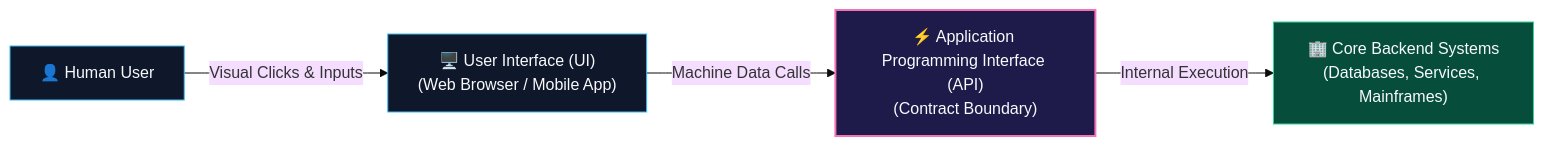
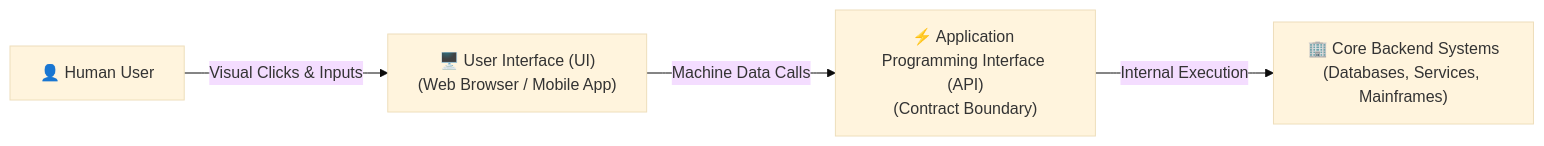
The first of 50 diagrams in topics/0.FUNDAMENTALS/API Architecture and Design/output/Note_version-1_API_Architecture_and_Design/API_Architecture_and_Design.md (AkmKawser/System-Design), drawn with Mermaid (base theme) before and after one commit. The commit also changed other lines of this file and 6 other files, not shown here.

Commit message:
fix(diagrams): remove dark fills and rects to ensure full visibility on GitHub light theme

````diff
--- a/topics/0.FUNDAMENTALS/API Architecture and Design/output/Note_version-1_API_Architecture_and_Design/API_Architecture_and_Design.md
+++ b/topics/0.FUNDAMENTALS/API Architecture and Design/output/Note_version-1_API_Architecture_and_Design/API_Architecture_and_Design.md
@@ -115,14 +115,6 @@
 ```mermaid
 flowchart LR
     Human["👤 Human User"] -->|"Visual Clicks & Inputs"| UI["🖥️ User Interface (UI)\n(Web Browser / Mobile App)"]
     UI -->|"Machine Data Calls"| API["⚡ Application Programming Interface (API)\n(Contract Boundary)"]
     API -->|"Internal Execution"| Core["🏢 Core Backend Systems\n(Databases, Services, Mainframes)"]
-
-    classDef human fill:#0f172a,stroke:#38bdf8,stroke-width:1px,color:#f8fafc;
-    classDef boundary fill:#1e1b4b,stroke:#f472b6,stroke-width:2px,color:#f8fafc;
-    classDef server fill:#064e3b,stroke:#34d399,stroke-width:1px,color:#f8fafc;
-
-    class Human,UI human;
-    class API boundary;
-    class Core server;
 ```
````
